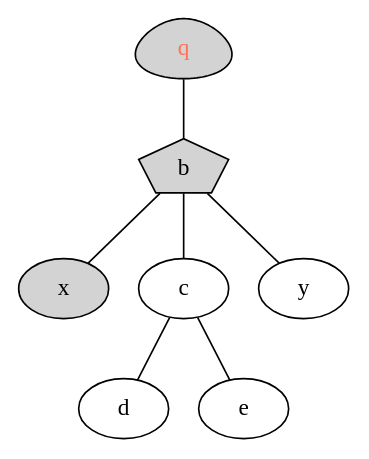
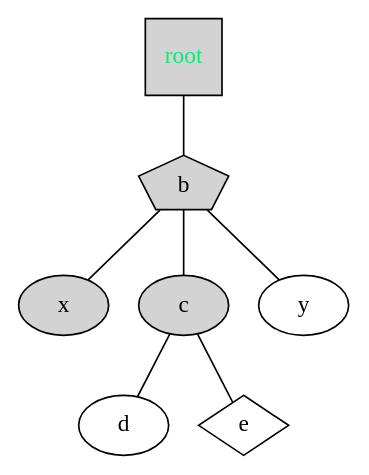
The diagram in pythons/file.dot (vmsreeram/algo-visualiser), drawn with Graphviz before and after one commit. The commit also changed 2 other files, not shown here.

```diff
--- a/pythons/file.dot
+++ b/pythons/file.dot
@@ -1,32 +1,33 @@
 /*
 digraph my_graph {
     {
         node [margin=0 fontcolor=blue fontsize=32 width=0.5 shape=circle style=filled]
     }
    a -> {b c};
    x -> {c y};
    {b y} -> z;
    p -- q;
 } */
 graph my {
     a -- b;
     b -- x;
     b -- c;
-    a [fontcolor=coral1 style = filled shape=egg label="q"]
+    a [fontcolor=springgreen2 style = filled shape=square label="root"]
     b [style = filled shape=pentagon]
     c -- {d e}
     b -- y;
     x [style=filled]
-    
+    e [shape=diamond]
+    c [style=filled]
 }
 /*digraph g {
     a -- b;
     b -- x;
     b -- c;
     a [fontcolor=forestgreen style = filled shape=egg label="q"]
     b [style = filled shape=pentagon]
     c -- {d e}
     b -- y;
     x [style=filled]
     e [shape=diamond]
 }*/
```
